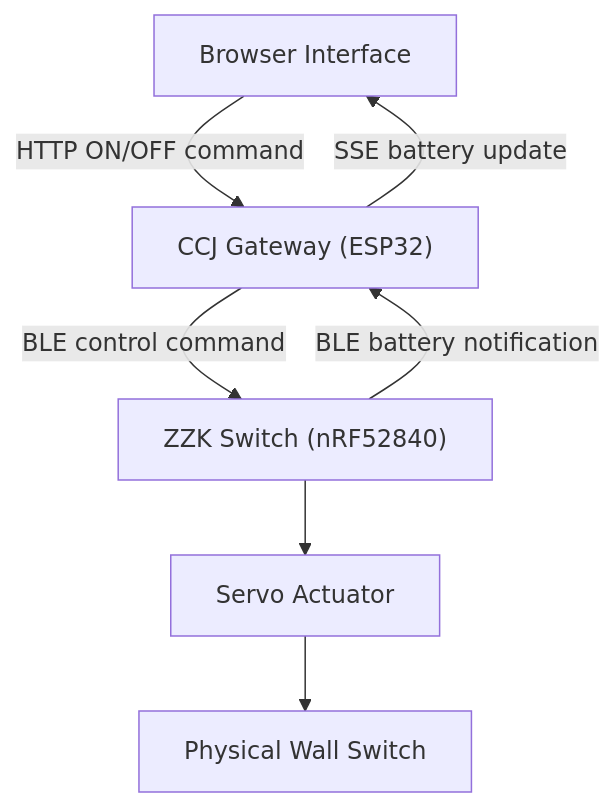
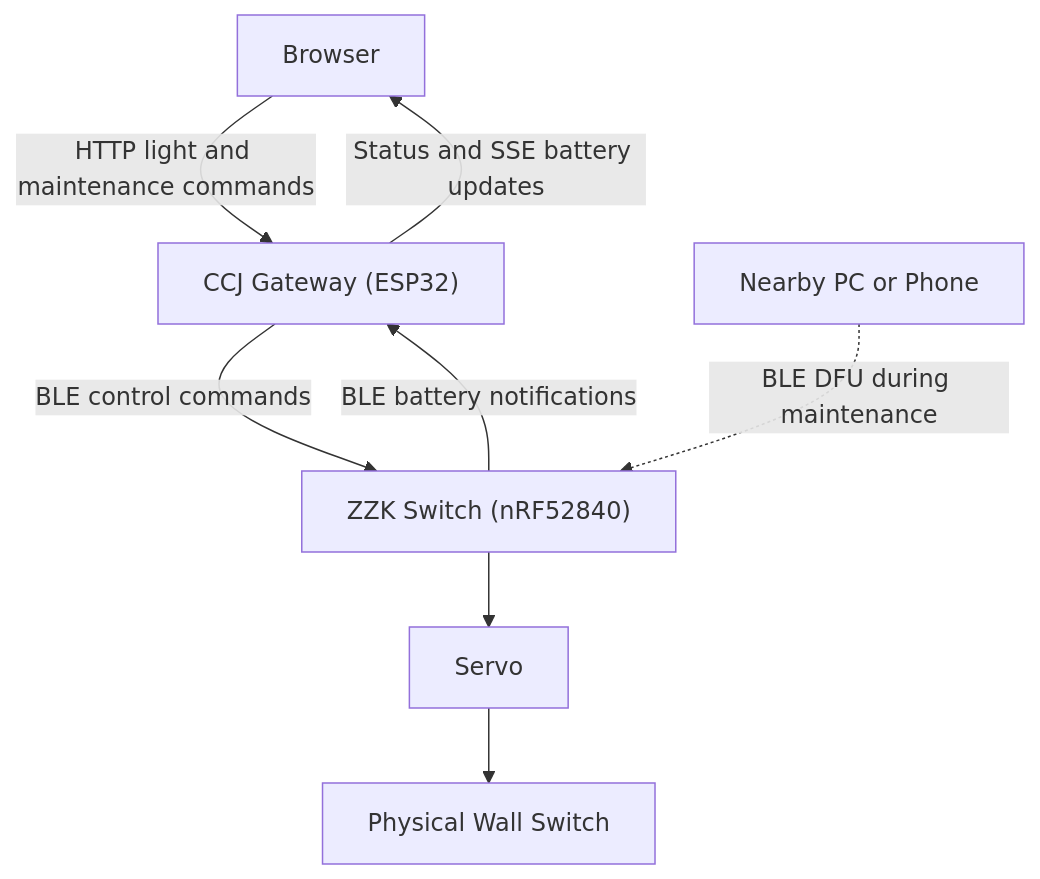
Before and after one commit to coauther/CCJ-Gateway: the diagram in readme.md, drawn with Mermaid. The commit also changed other lines of this file and 1 other file, not shown here.

````diff
--- a/readme.md
+++ b/readme.md
@@ -33,9 +30,10 @@
 ```mermaid
 flowchart TD
-    A["Browser Interface"] -->|"HTTP ON/OFF command"| B["CCJ Gateway (ESP32)"]
-    B -->|"SSE battery update"| A
-    B -->|"BLE control command"| C["ZZK Switch (nRF52840)"]
-    C -->|"BLE battery notification"| B
-    C --> D["Servo Actuator"]
+    A["Browser"] -->|"HTTP light and maintenance commands"| B["CCJ Gateway (ESP32)"]
+    B -->|"Status and SSE battery updates"| A
+    B -->|"BLE control commands"| C["ZZK Switch (nRF52840)"]
+    C -->|"BLE battery notifications"| B
+    C --> D["Servo"]
     D --> E["Physical Wall Switch"]
+    F["Nearby PC or Phone"] -.->|"BLE DFU during maintenance"| C
 ```
````
